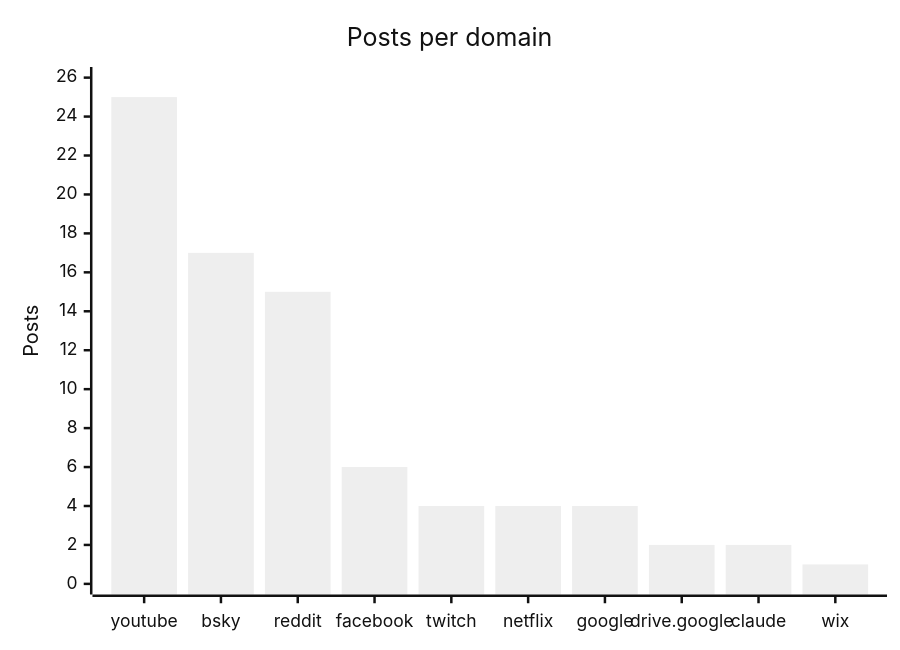
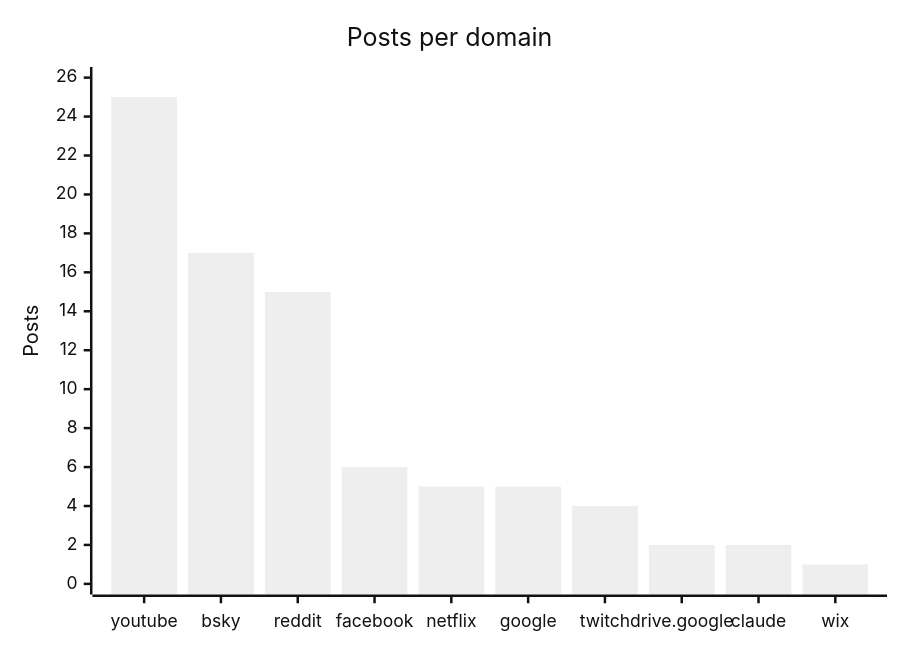
One commit to martinbalfanz/social-scanner-reports changed the fourth of 4 diagrams in README.md. Above: the diagram before and after it, drawn with Mermaid (neutral theme). The commit also changed other lines of this file and 2 other files, not shown here.

````diff
--- a/README.md
+++ b/README.md
@@ -58,7 +58,7 @@
 ```mermaid
 xychart-beta
     title "Posts per domain"
-    x-axis ["youtube", "bsky", "reddit", "facebook", "twitch", "netflix", "google", "drive.google", "claude", "wix"]
+    x-axis ["youtube", "bsky", "reddit", "facebook", "netflix", "google", "twitch", "drive.google", "claude", "wix"]
     y-axis "Posts" 0 --> 26
-    bar [25, 17, 15, 6, 4, 4, 4, 2, 2, 1]
+    bar [25, 17, 15, 6, 5, 5, 4, 2, 2, 1]
 ```
````
